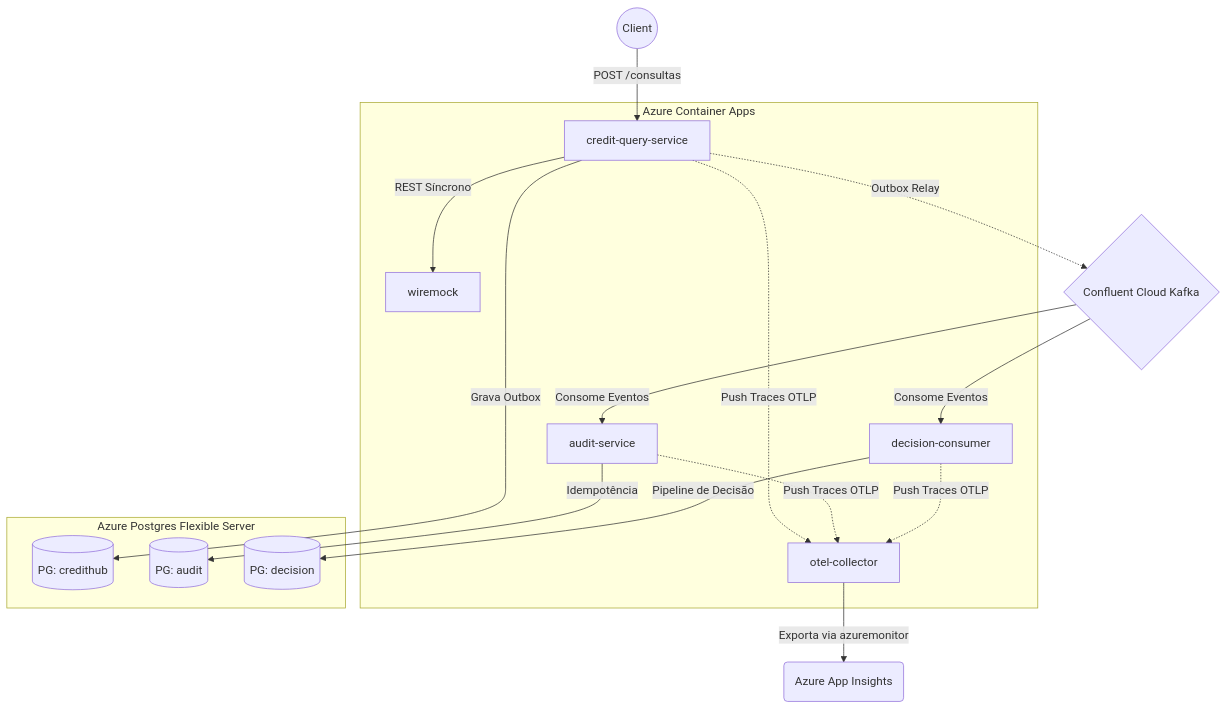
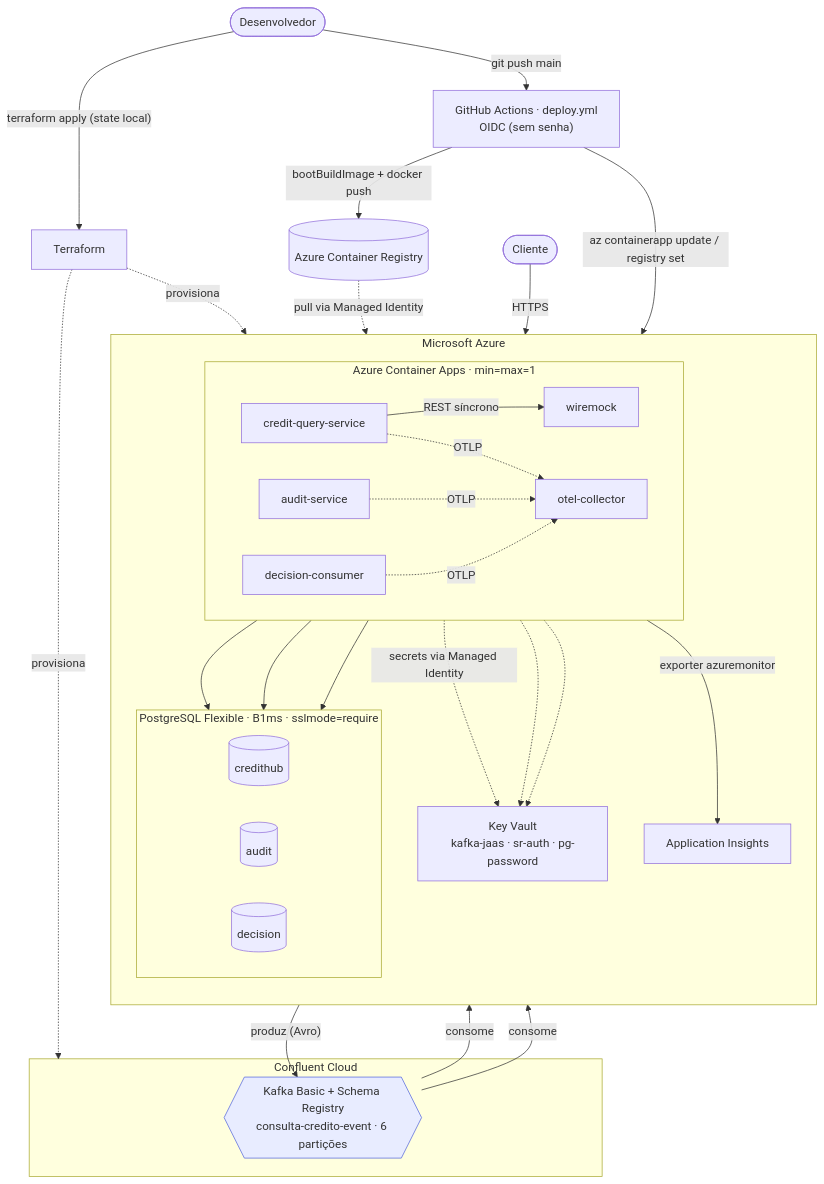
One commit to Alzemiro/credit-hub changed the second of 2 diagrams in README.md. Above: the diagram before and after it, drawn with Mermaid. The commit also changed other lines of this file, not shown here.

Commit message:
docs(readme): reescreve diagramas de arquitetura (app hexagonal + cloud)
Divide em dois diagramas: (1) aplicacao Spring/hexagonal com fluxo
sincrono (scatter-gather + resiliencia por bureau) e assincrono (outbox
-> relay -> Kafka -> audit/decision/DLT); (2) infra cloud + CI/CD (ACA,
Postgres, Confluent, Key Vault via Managed Identity, OTel/App Insights,
Terraform + GitHub Actions OIDC). Remove secret ACR_NAME orfao da tabela.

````diff
--- a/README.md
+++ b/README.md
@@ -23,36 +74,54 @@
 ```mermaid
-graph TD
-    Client((Client)) -->|POST /consultas| CQS[credit-query-service]
-    
-    subgraph "Azure Container Apps"
-        CQS
-        AUDIT[audit-service]
-        DECISION[decision-consumer]
-        OTEL[otel-collector]
-        WIREMOCK[wiremock]
+flowchart TB
+    Dev([Desenvolvedor]) -->|"terraform apply (state local)"| TF["Terraform"]
+    Dev -->|"git push main"| GHA["GitHub Actions · deploy.yml<br/>OIDC (sem senha)"]
+    TF -.->|provisiona| Azure
+    TF -.->|provisiona| Confluent
+    GHA -->|"bootBuildImage + docker push"| ACR[("Azure Container Registry")]
+    GHA -->|"az containerapp update / registry set"| CQS
+
+    Cliente([Cliente]) -->|HTTPS| CQS
+
+    subgraph Azure["Microsoft Azure"]
+        direction TB
+        subgraph ACAENV["Azure Container Apps · min=max=1"]
+            direction LR
+            CQS["credit-query-service"]
+            AUD["audit-service"]
+            DEC["decision-consumer"]
+            WM["wiremock"]
+            OTEL["otel-collector"]
+        end
+        subgraph PGSRV["PostgreSQL Flexible · B1ms · sslmode=require"]
+            direction LR
+            DBc[("credithub")]
+            DBa[("audit")]
+            DBd[("decision")]
+        end
+        KV["Key Vault<br/>kafka-jaas · sr-auth · pg-password"]
+        AI["Application Insights"]
     end
 
-    CQS -->|REST Síncrono| WIREMOCK
-    CQS -->|Grava Outbox| DB_CQS[(PG: credithub)]
-    CQS -.->|Outbox Relay| KAFKA
-    
-    KAFKA{Confluent Cloud Kafka}
-    
-    KAFKA -->|Consome Eventos| AUDIT
-    KAFKA -->|Consome Eventos| DECISION
-    
-    AUDIT -->|Idempotência| DB_AUDIT[(PG: audit)]
-    DECISION -->|Pipeline de Decisão| DB_DEC[(PG: decision)]
+    subgraph Confluent["Confluent Cloud"]
+        KAFKA{{"Kafka Basic + Schema Registry<br/>consulta-credito-event · 6 partições"}}
+    end
 
-    CQS -.->|Push Traces OTLP| OTEL
-    AUDIT -.->|Push Traces OTLP| OTEL
-    DECISION -.->|Push Traces OTLP| OTEL
-    
-    OTEL -->|Exporta via azuremonitor| APPINSIGHTS(Azure App Insights)
+    ACR -.->|"pull via Managed Identity"| CQS
+    CQS -->|"REST síncrono"| WM
+    CQS --> DBc
+    AUD --> DBa
+    DEC --> DBd
+    CQS -->|"produz (Avro)"| KAFKA
+    KAFKA -->|consome| AUD
+    KAFKA -->|consome| DEC
+    CQS -.->|"secrets via Managed Identity"| KV
+    AUD -.-> KV
+    DEC -.-> KV
+    CQS -.->|OTLP| OTEL
+    AUD -.->|OTLP| OTEL
+    DEC -.->|OTLP| OTEL
+    OTEL -->|"exporter azuremonitor"| AI
 
-    subgraph "Azure Postgres Flexible Server"
-        DB_CQS
-        DB_AUDIT
-        DB_DEC
-    end
+    classDef broker fill:#e8ecff,stroke:#5566dd,stroke-width:1px;
+    class KAFKA broker;
 ```
````
